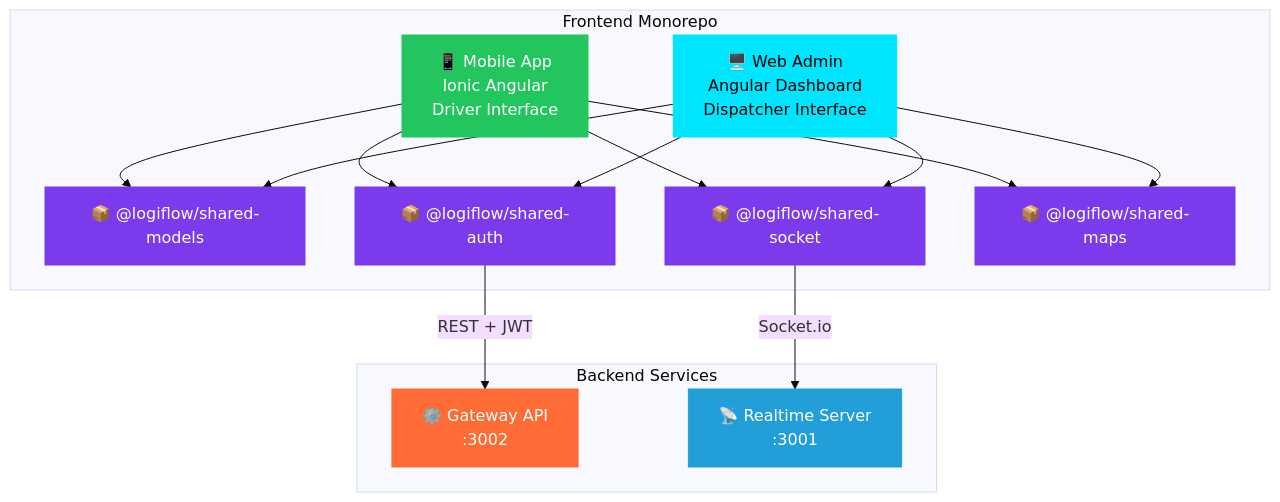
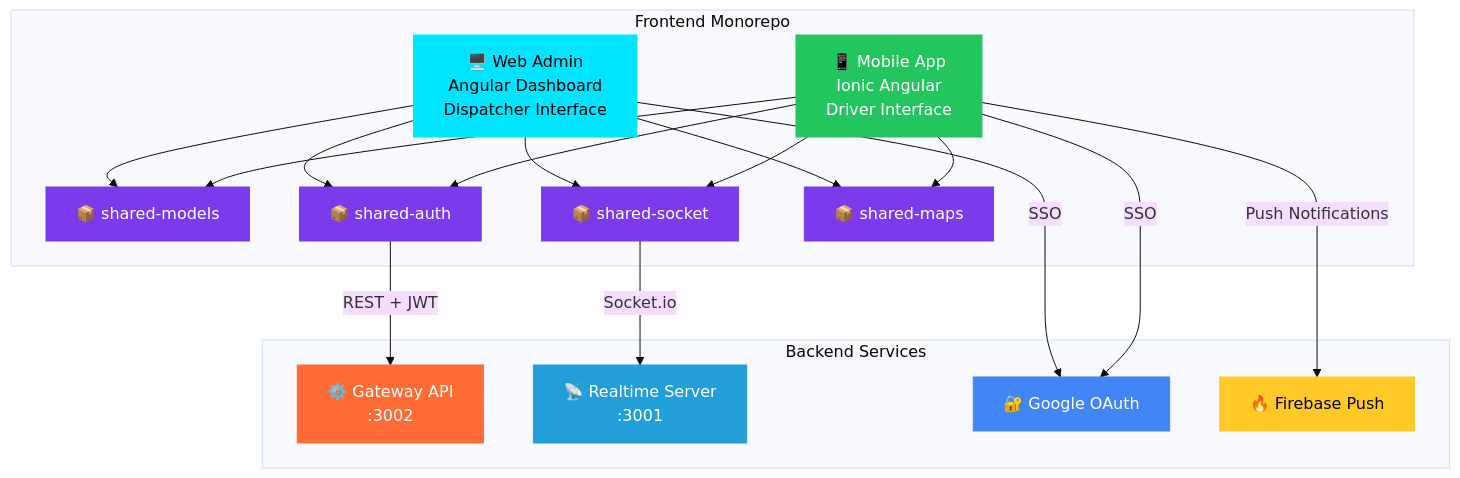
One commit to Logiflow-Gavilanes-ECI/logiflow-front changed the first of 3 diagrams in README.md. Above: the diagram before and after it, drawn with Mermaid (base theme). The commit also changed other lines of this file and 19 other files, not shown here.

Commit message:
chore: add Google auth screen, firebase notification, etc

````diff
--- a/README.md
+++ b/README.md
@@ -28,31 +28,37 @@
 ```mermaid
 graph TD
     subgraph Frontend Monorepo
         M["📱 Mobile App\nIonic Angular\nDriver Interface"]
         W["🖥️ Web Admin\nAngular Dashboard\nDispatcher Interface"]
-        S1["📦 @logiflow/shared-models"]
-        S2["📦 @logiflow/shared-socket"]
-        S3["📦 @logiflow/shared-auth"]
-        S4["📦 @logiflow/shared-maps"]
+        S1["📦 shared-models"]
+        S2["📦 shared-socket"]
+        S3["📦 shared-auth"]
+        S4["📦 shared-maps"]
     end
 
     M --> S1 & S2 & S3 & S4
     W --> S1 & S2 & S3 & S4
 
     subgraph Backend Services
         GW["⚙️ Gateway API\n:3002"]
         RT["📡 Realtime Server\n:3001"]
+        GO["🔐 Google OAuth"]
+        FCM["🔥 Firebase Push"]
     end
 
     S2 -->|Socket.io| RT
     S3 -->|REST + JWT| GW
+    M -->|Push Notifications| FCM
+    M & W -->|SSO| GO
 
     style M fill:#22c55e,color:#fff,stroke:#22c55e
     style W fill:#00e5ff,color:#000,stroke:#00e5ff
     style S1 fill:#7c3aed,color:#fff,stroke:#7c3aed
     style S2 fill:#7c3aed,color:#fff,stroke:#7c3aed
     style S3 fill:#7c3aed,color:#fff,stroke:#7c3aed
     style S4 fill:#7c3aed,color:#fff,stroke:#7c3aed
     style GW fill:#ff6b35,color:#fff,stroke:#ff6b35
     style RT fill:#229ED9,color:#fff,stroke:#229ED9
+    style GO fill:#4285F4,color:#fff,stroke:#4285F4
+    style FCM fill:#FFCA28,color:#000,stroke:#FFCA28
 ```
````
